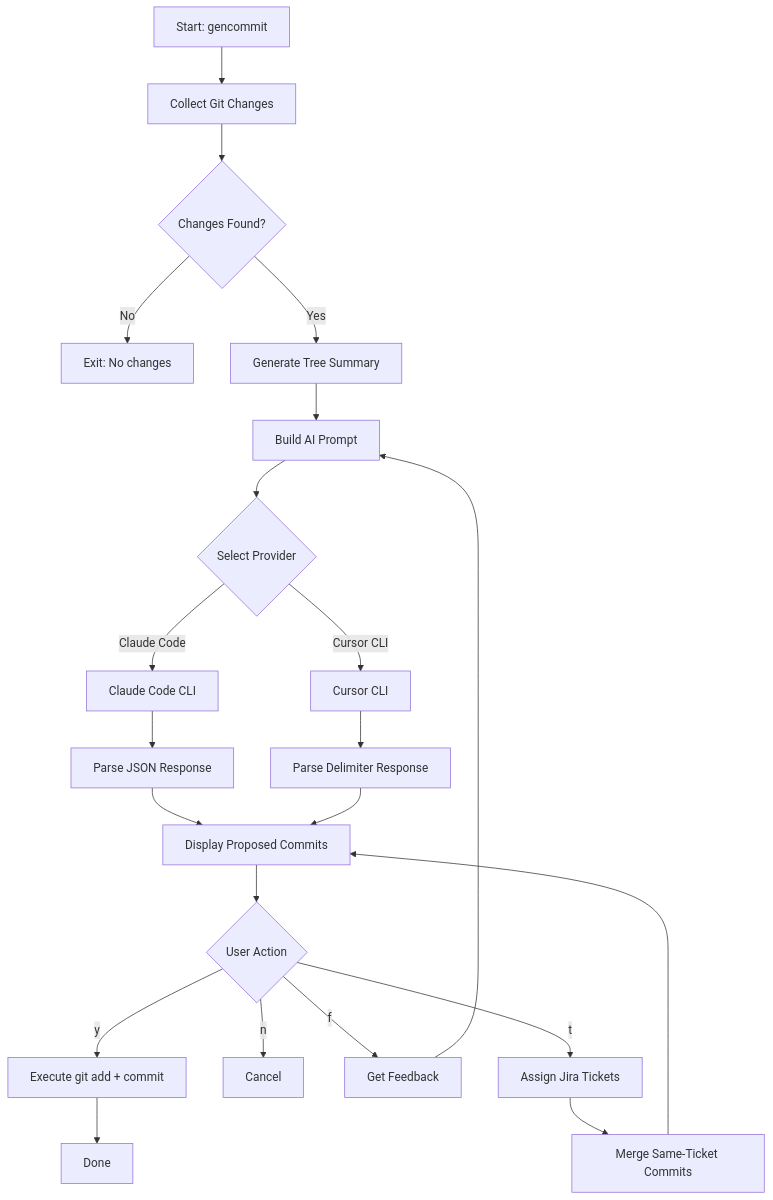
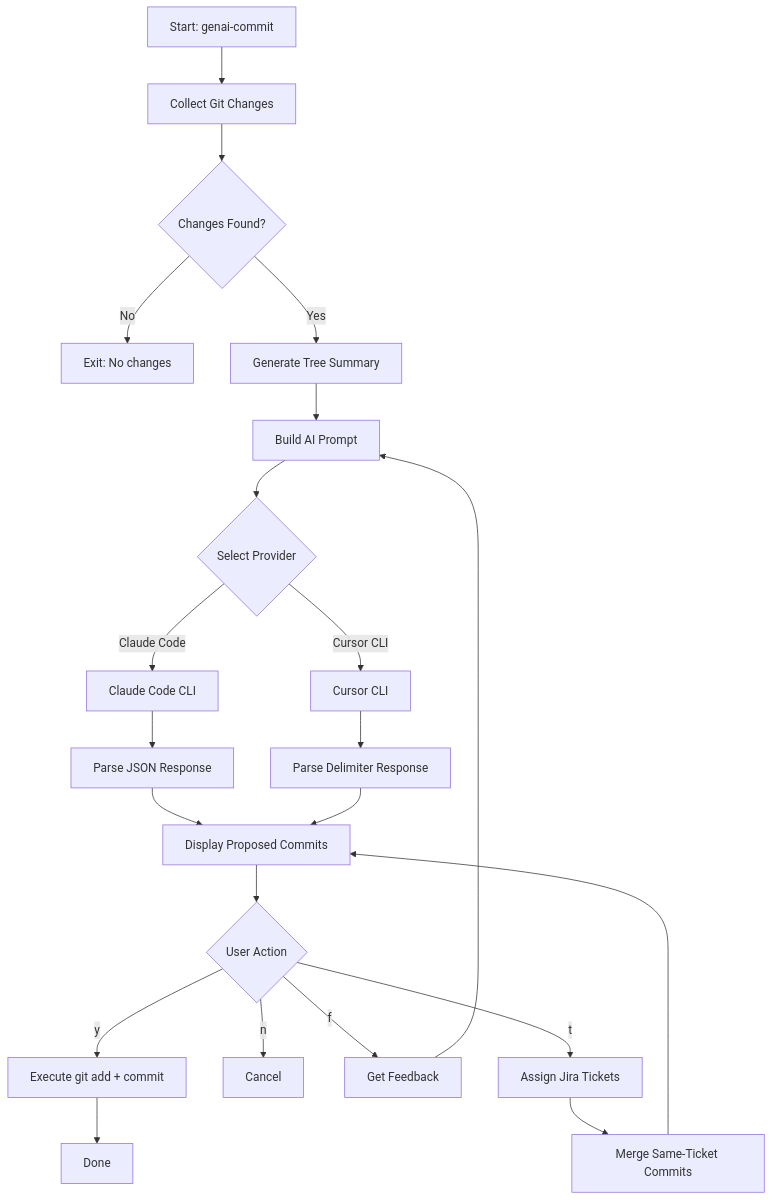
One commit to Seungwoo321/genai-commit changed the diagram in README.md. Above: the diagram before and after it, drawn with Mermaid. The commit also changed other lines of this file and 4 other files, not shown here.

Commit message:
refactor: rename package from gencommit to genai-commit

````diff
--- a/README.md
+++ b/README.md
@@ -20,24 +20,24 @@
 ```mermaid
 flowchart TD
-    A[Start: gencommit] --> B[Collect Git Changes]
+    A[Start: genai-commit] --> B[Collect Git Changes]
     B --> C{Changes Found?}
     C -->|No| D[Exit: No changes]
     C -->|Yes| E[Generate Tree Summary]
     E --> F[Build AI Prompt]
     F --> G{Select Provider}
     G -->|Claude Code| H[Claude Code CLI]
     G -->|Cursor CLI| I[Cursor CLI]
     H --> J[Parse JSON Response]
     I --> K[Parse Delimiter Response]
     J --> L[Display Proposed Commits]
     K --> L
     L --> M{User Action}
     M -->|y| N[Execute git add + commit]
     M -->|n| O[Cancel]
     M -->|f| P[Get Feedback]
     M -->|t| Q[Assign Jira Tickets]
     P --> F
     Q --> R[Merge Same-Ticket Commits]
     R --> L
     N --> S[Done]
 ```
````
